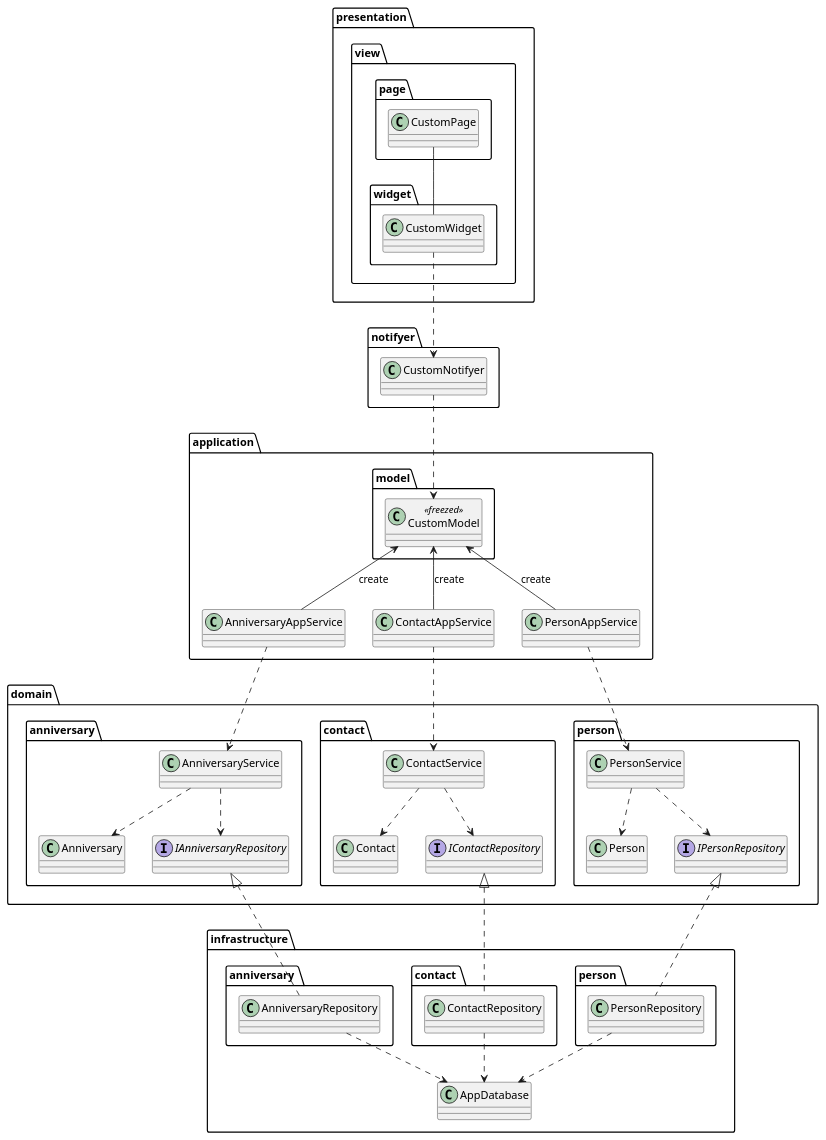
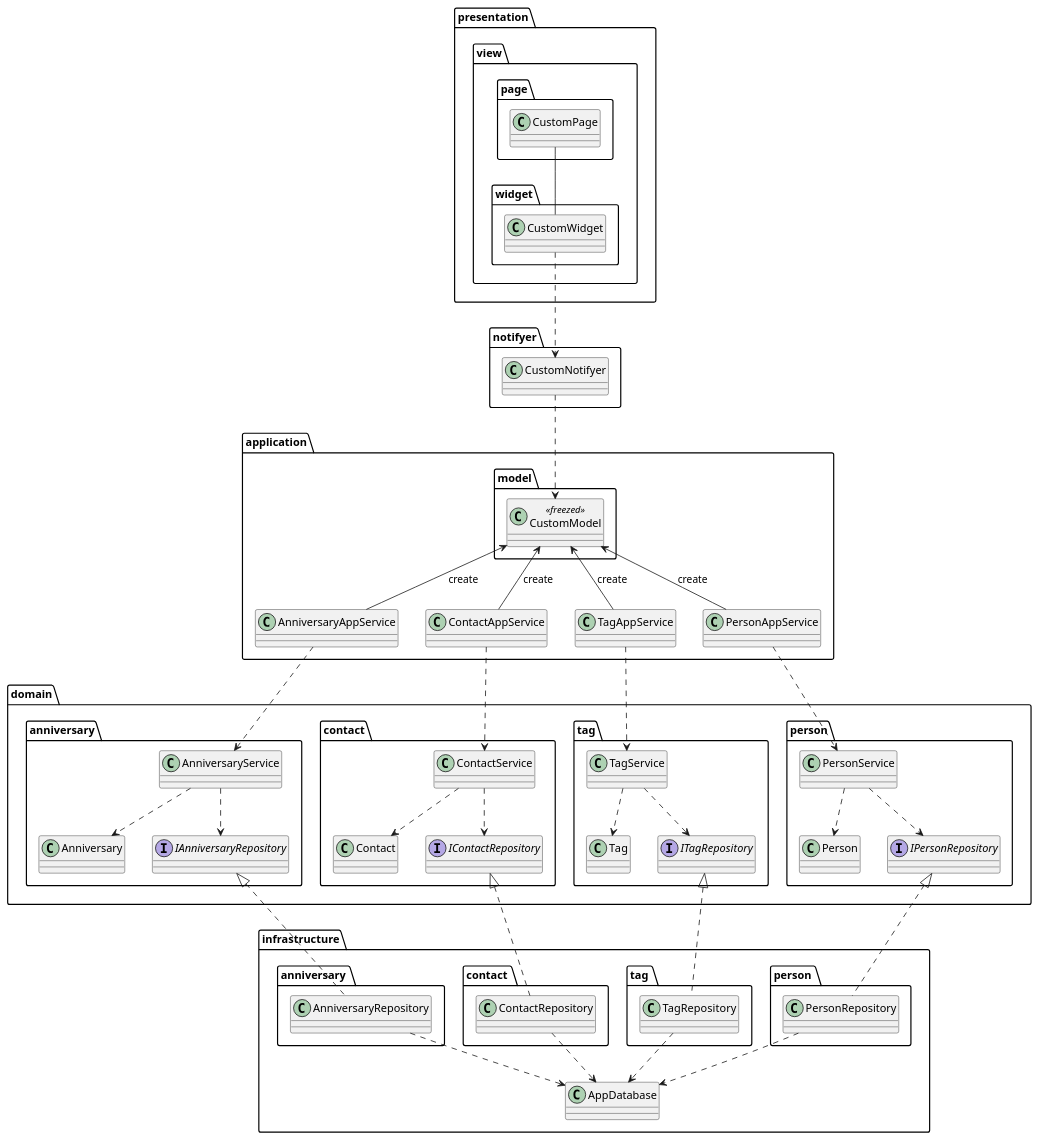
Before and after one commit to nmskm240/friend_list: the diagram in uml/class_diagram.pu, drawn with PlantUML. The commit also changed 1 other file, not shown here.

Commit message:
add tag domain

```diff
--- a/uml/class_diagram.pu
+++ b/uml/class_diagram.pu
@@ -1,95 +1,110 @@
 @startuml
 
 package presentation {
     package view {
         package page {
             class CustomPage
         }
         package widget {
             class CustomWidget
         }
     }
 }
 
 package notifyer {
     class CustomNotifyer
 }
 
 package application {
     package model {
         class CustomModel<<freezed>>
     }
     class AnniversaryAppService
     class ContactAppService
+    class TagAppService
     class PersonAppService
 }
 
 package domain {
     package anniversary {
         class Anniversary
         class AnniversaryService
         interface IAnniversaryRepository
     }
     package contact {
         class Contact
         class ContactService
         interface IContactRepository
     }
+    package tag {
+        class Tag
+        class TagService
+        interface ITagRepository
+    }
     package person {
         class Person
         class PersonService
         interface IPersonRepository
     }
 }
 
 package infrastructure {
     package "anniversary " {
         class AnniversaryRepository
     }
     package "contact " {
         class ContactRepository
+    }
+    package "tag " {
+        class TagRepository
     }
     package "person " {
         class PersonRepository
     }
     class AppDatabase
 }
 
 ' view
 CustomPage -- CustomWidget
 
 ' view - notifyer
 CustomWidget ..> CustomNotifyer
 
 ' notifyer - application
 CustomNotifyer ..> CustomModel
 
 ' application
 CustomModel <-- AnniversaryAppService : create
 CustomModel <-- ContactAppService : create
+CustomModel <-- TagAppService : create
 CustomModel <-- PersonAppService : create
 
 ' application - domain
 AnniversaryAppService ..> AnniversaryService
 ContactAppService ..> ContactService
+TagAppService ..> TagService
 PersonAppService ..> PersonService
 
 ' domain
 AnniversaryService ..> Anniversary
 AnniversaryService ..> IAnniversaryRepository
 ContactService ..> Contact
 ContactService ..> IContactRepository
+TagService ..> Tag
+TagService ..> ITagRepository
 PersonService ..> Person
 PersonService ..> IPersonRepository
 
 ' domain - infrastructure
 IAnniversaryRepository <|.. AnniversaryRepository
 IContactRepository <|.. ContactRepository
+ITagRepository <|.. TagRepository
 IPersonRepository <|.. PersonRepository
 
 ' infrastructure
 AnniversaryRepository ..> AppDatabase
 ContactRepository ..> AppDatabase
+TagRepository ..> AppDatabase
 PersonRepository ..> AppDatabase
 
 @enduml
```
